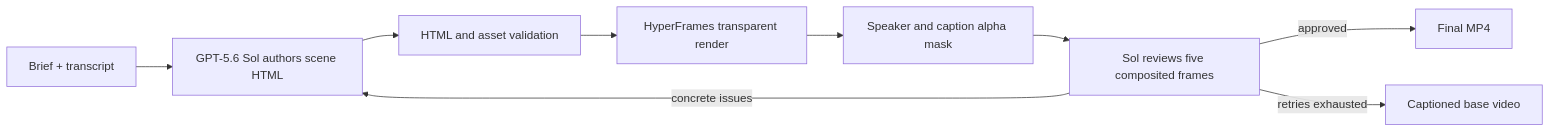
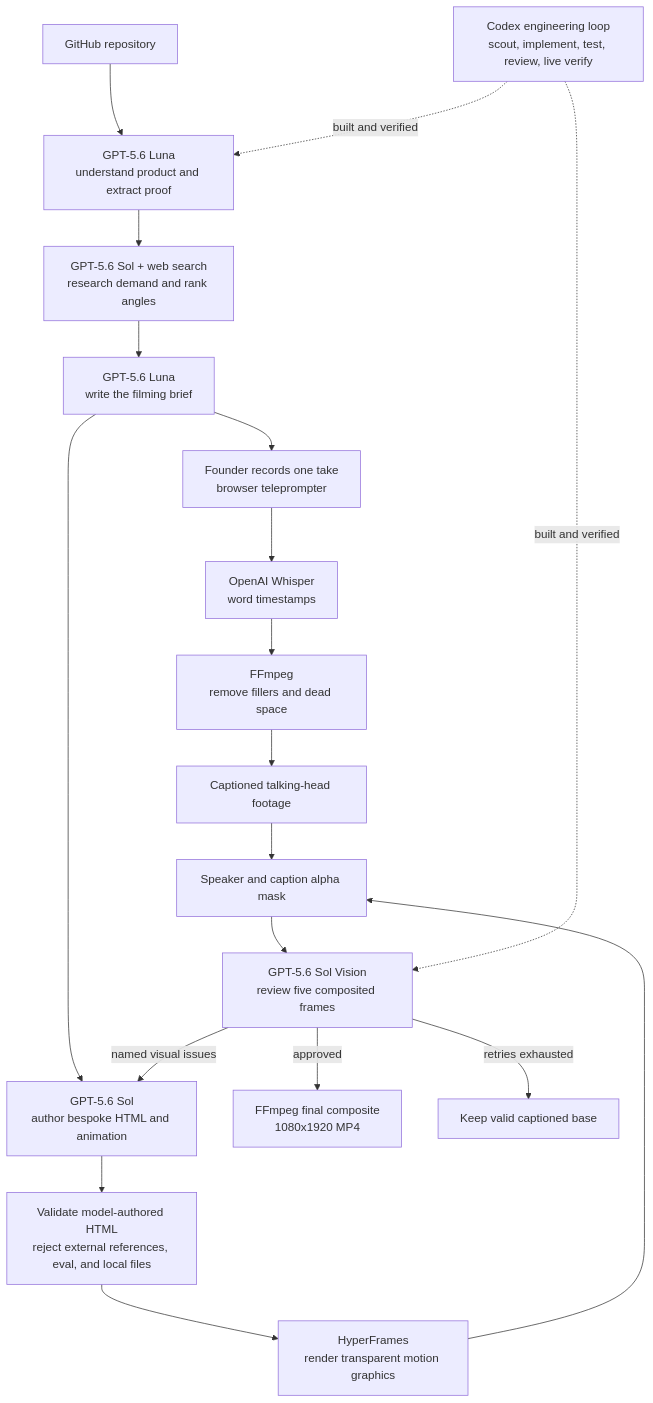
One commit to abel123code/proof changed the diagram in README.md. Above: the diagram before and after it, drawn with Mermaid. The commit also changed other lines of this file and 54 other files, not shown here.

Commit message:
Prepare Proof for OpenAI Build Week judging

````diff
--- a/README.md
+++ b/README.md
@@ -83,11 +95,25 @@
-```mermaid
-flowchart LR
-  brief["Brief + transcript"] --> author["GPT-5.6 Sol authors scene HTML"]
-  author --> sanitize["HTML and asset validation"]
-  sanitize --> render["HyperFrames transparent render"]
-  render --> mask["Speaker and caption alpha mask"]
-  mask --> review["Sol reviews five composited frames"]
-  review -- "concrete issues" --> author
-  review -- "approved" --> final["Final MP4"]
-  review -- "retries exhausted" --> fallback["Captioned base video"]
-```
+~~~mermaid
+flowchart TD
+    repo["GitHub repository"] --> luna["GPT-5.6 Luna<br/>understand product and extract proof"]
+    luna --> solResearch["GPT-5.6 Sol + web search<br/>research demand and rank angles"]
+    solResearch --> brief["GPT-5.6 Luna<br/>write the filming brief"]
+    brief --> record["Founder records one take<br/>browser teleprompter"]
+
+    record --> whisper["OpenAI Whisper<br/>word timestamps"]
+    whisper --> cut["FFmpeg<br/>remove fillers and dead space"]
+
+    brief --> author["GPT-5.6 Sol<br/>author bespoke HTML and animation"]
+    cut --> composite["Captioned talking-head footage"]
+    author --> sanitize["Validate model-authored HTML<br/>reject external references, eval, and local files"]
+    sanitize --> hyperframes["HyperFrames<br/>render transparent motion graphics"]
+    hyperframes --> mask["Speaker and caption alpha mask"]
+    composite --> mask
+    mask --> vision["GPT-5.6 Sol Vision<br/>review five composited frames"]
+
+    vision -- "named visual issues" --> author
+    vision -- "approved" --> final["FFmpeg final composite<br/>1080x1920 MP4"]
+    vision -- "retries exhausted" --> fallback["Keep valid captioned base"]
+
+    codex["Codex engineering loop<br/>scout, implement, test, review, live verify"] -. "built and verified" .-> luna
+    codex -. "built and verified" .-> vision
+~~~
````
